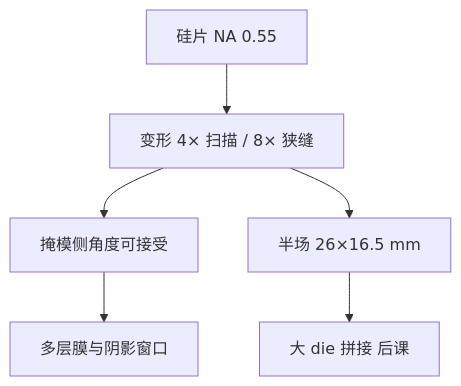
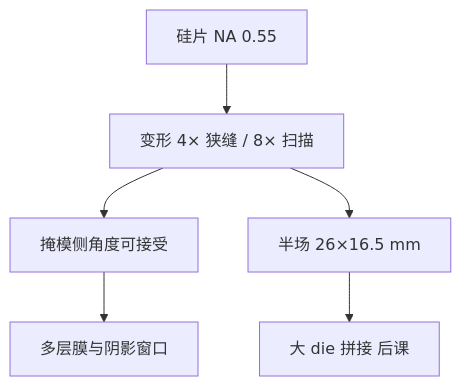
The first of 2 diagrams in docs/litho/anamorphic-projection.md (xhongduo-tech/xhongduo-tech.github.io), drawn with Mermaid before and after one commit. The commit also changed other lines of this file and 7 other files, not shown here.

````diff
--- a/docs/litho/anamorphic-projection.md
+++ b/docs/litho/anamorphic-projection.md
@@ -44,8 +44,8 @@
 ```mermaid
 flowchart TD
-  NA["硅片 NA 0.55"] --> AN["变形 4× 扫描 / 8× 狭缝"]
+  NA["硅片 NA 0.55"] --> AN["变形 4× 狭缝 / 8× 扫描"]
   AN --> ANG["掩模侧角度可接受"]
   AN --> HF["半场 26×16.5 mm"]
   ANG --> ML["多层膜与阴影窗口"]
   HF --> ST["大 die 拼接 后课"]
 ```
````
